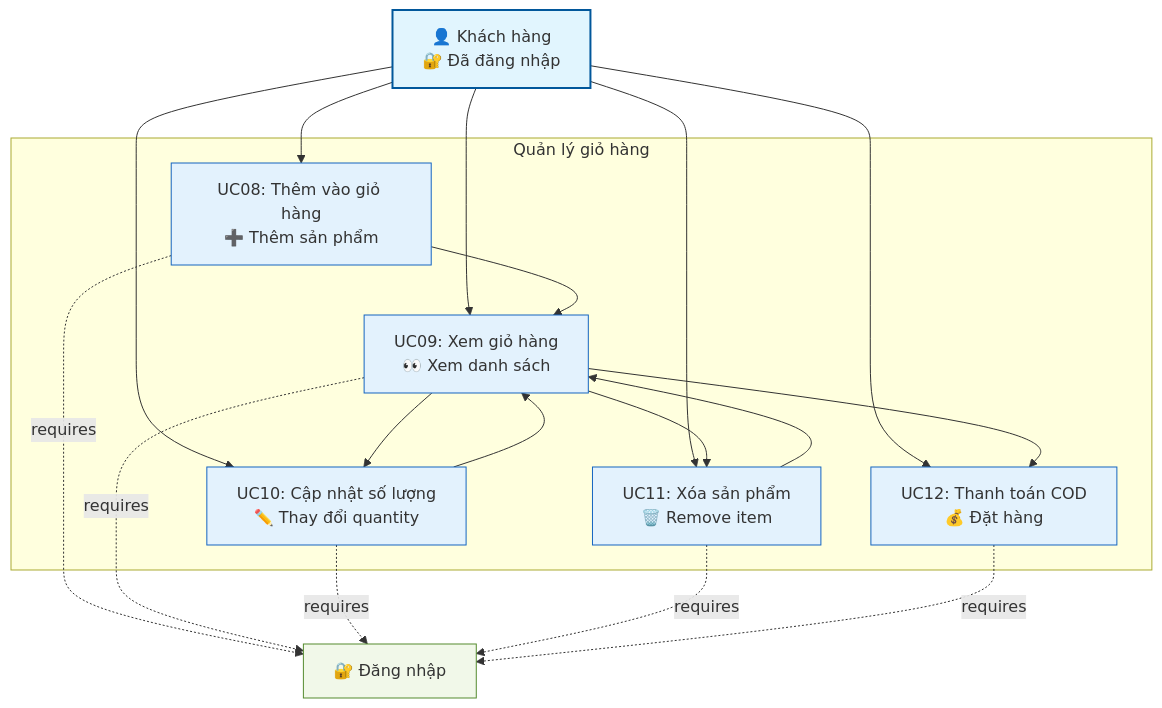
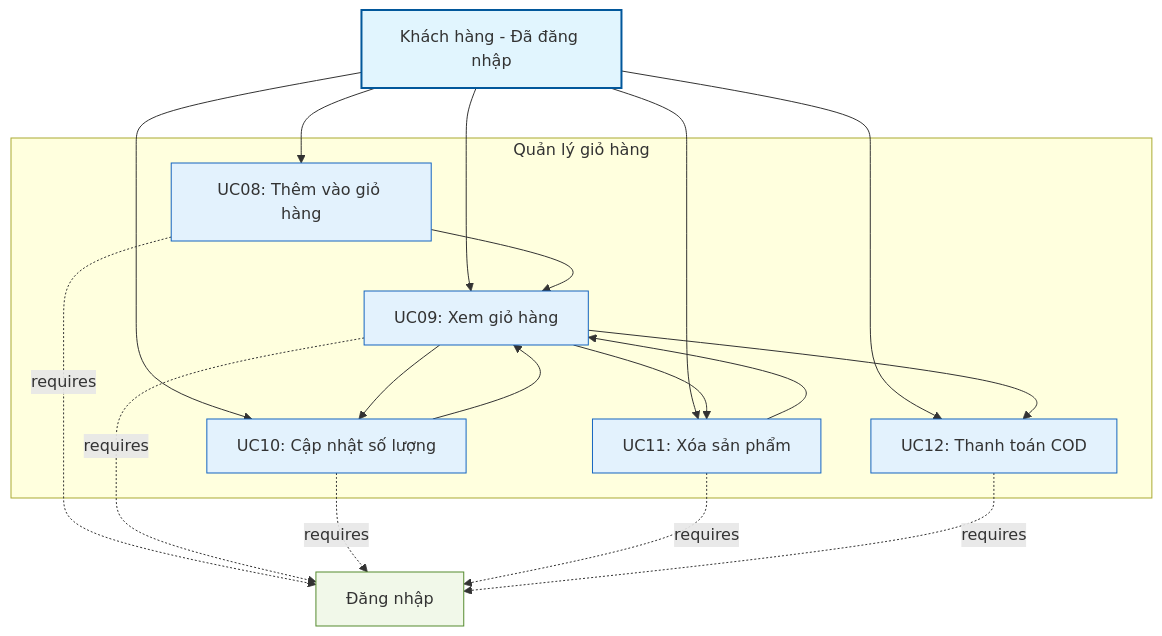
Before and after one commit to vinhhoang04cp/webshop: the fourth of 15 diagrams in docs/COMPLETE_USE_CASES.md, drawn with Mermaid. The commit also changed other lines of this file, not shown here.

````diff
--- a/docs/COMPLETE_USE_CASES.md
+++ b/docs/COMPLETE_USE_CASES.md
@@ -258,41 +258,41 @@
 ```mermaid
 graph TB
-    Customer[👤 Khách hàng<br/>🔐 Đã đăng nhập]
+    Customer[Khách hàng - Đã đăng nhập]
     
     subgraph "Quản lý giỏ hàng"
-        UC08[UC08: Thêm vào giỏ hàng<br/>➕ Thêm sản phẩm]
-        UC09[UC09: Xem giỏ hàng<br/>👀 Xem danh sách]
-        UC10[UC10: Cập nhật số lượng<br/>✏️ Thay đổi quantity]
-        UC11[UC11: Xóa sản phẩm<br/>🗑️ Remove item]
-        UC12[UC12: Thanh toán COD<br/>💰 Đặt hàng]
+        UC08[UC08: Thêm vào giỏ hàng]
+        UC09[UC09: Xem giỏ hàng]
+        UC10[UC10: Cập nhật số lượng]
+        UC11[UC11: Xóa sản phẩm]
+        UC12[UC12: Thanh toán COD]
     end
     
     Customer --> UC08
     Customer --> UC09
     Customer --> UC10
     Customer --> UC11
     Customer --> UC12
     
     %% Flow relationships
     UC08 --> UC09
     UC09 --> UC10
     UC09 --> UC11
     UC09 --> UC12
     UC10 --> UC09
     UC11 --> UC09
     
     %% Preconditions
-    UC08 -.->|requires| Auth[🔐 Đăng nhập]
+    UC08 -.->|requires| Auth[Đăng nhập]
     UC09 -.->|requires| Auth
     UC10 -.->|requires| Auth
     UC11 -.->|requires| Auth
     UC12 -.->|requires| Auth
     
     classDef actor fill:#e1f5fe,stroke:#01579b,stroke-width:2px
     classDef usecase fill:#e3f2fd,stroke:#1565c0,stroke-width:1px
     classDef precondition fill:#f1f8e9,stroke:#558b2f,stroke-width:1px
     
     class Customer actor
     class UC08,UC09,UC10,UC11,UC12 usecase
     class Auth precondition
 ```
````
